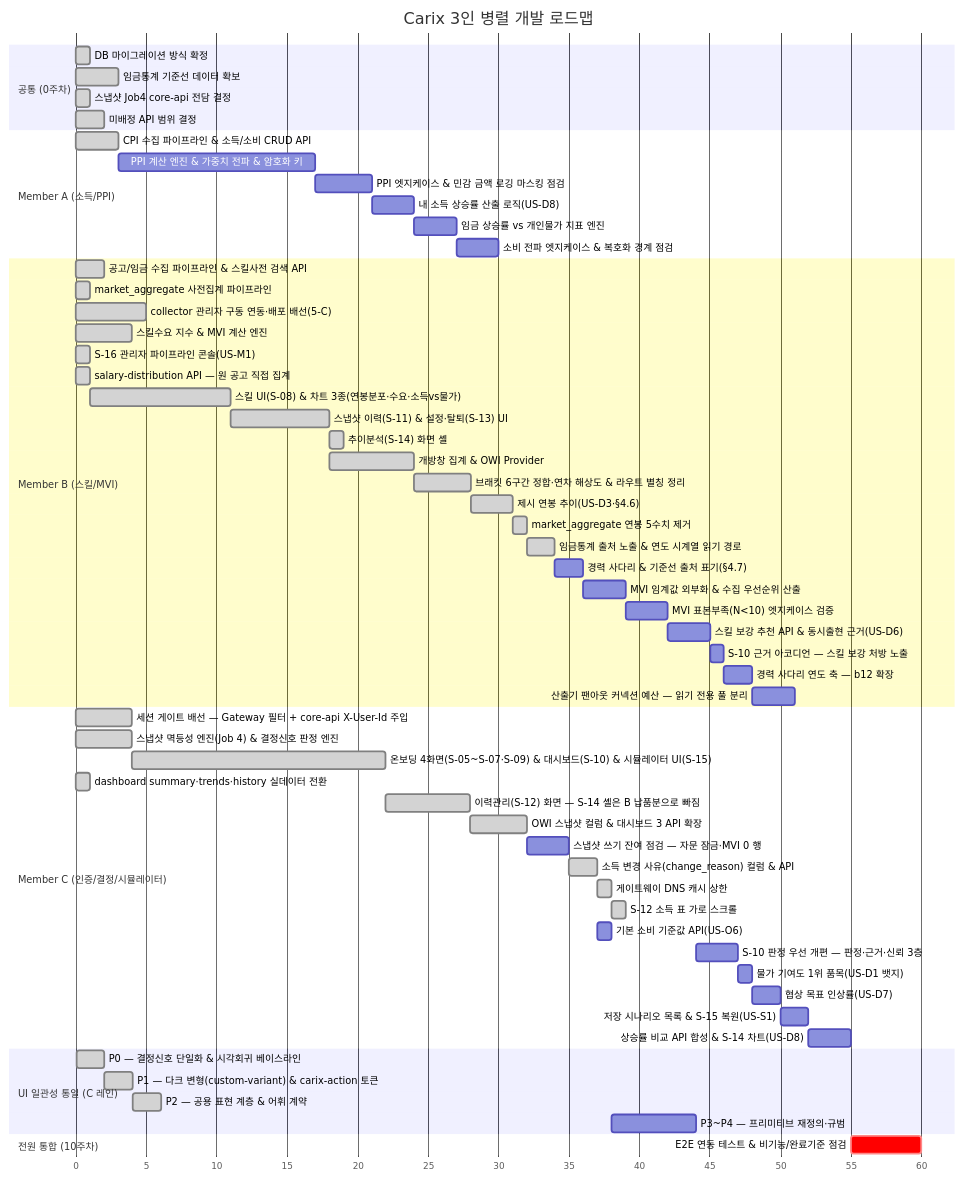
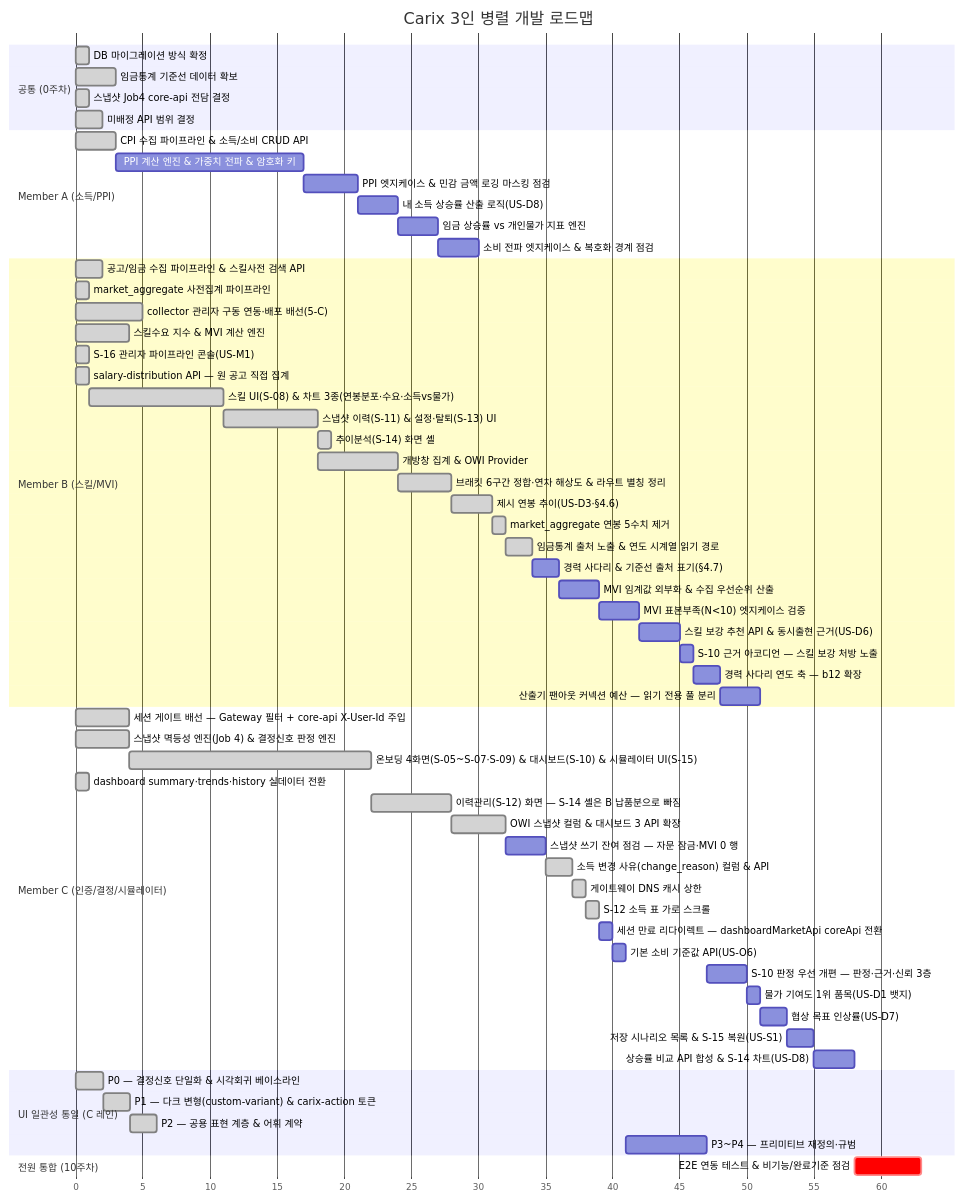
One commit to SeoHyeokGyu/Carix changed the first of 2 diagrams in docs/plans/carix-dev-plan.md. Above: the diagram before and after it, drawn with Mermaid. The commit also changed other lines of this file and 1 other file, not shown here.

````diff
--- a/docs/plans/carix-dev-plan.md
+++ b/docs/plans/carix-dev-plan.md
@@ -89,64 +89,65 @@
 ```mermaid
 gantt
     title Carix 3인 병렬 개발 로드맵
     dateFormat X
     axisFormat %s
     section 공통 (0주차)
     DB 마이그레이션 방식 확정 :done, c0a, 0, 1s
     임금통계 기준선 데이터 확보 :done, a0, 3, 3s
     스냅샷 Job4 core-api 전담 결정 :done, i0, 7, 1s
     미배정 API 범위 결정 :done, c0, 7, 2s
     section Member A (소득/PPI)
     CPI 수집 파이프라인 & 소득/소비 CRUD API :done, a1, 12, 3s
     PPI 계산 엔진 & 가중치 전파 & 암호화 키 :a2, after a1, 14s
     PPI 엣지케이스 & 민감 금액 로깅 마스킹 점검 :a7, after a2, 4s
     내 소득 상승률 산출 로직(US-D8) :a9, after a7, 3s
     임금 상승률 vs 개인물가 지표 엔진 :a10, after a9, 3s
     소비 전파 엣지케이스 & 복호화 경계 점검 :a12, after a10, 3s
     section Member B (스킬/MVI)
     공고/임금 수집 파이프라인 & 스킬사전 검색 API :done, b1, 2, 2s
     market_aggregate 사전집계 파이프라인 :done, b2a, 3, 1s
     collector 관리자 구동 연동·배포 배선(5-C) :done, b0, 7, 5s
     스킬수요 지수 & MVI 계산 엔진 :done, b2, 8, 4s
     S-16 관리자 파이프라인 콘솔(US-M1) :done, b16, 14, 1s
     salary-distribution API — 원 공고 직접 집계 :done, b3a, 15, 1s
     스킬 UI(S-08) & 차트 3종(연봉분포·수요·소득vs물가) :done, b3, after b3a, 10s
     스냅샷 이력(S-11) & 설정·탈퇴(S-13) UI :done, b4, after b3, 7s
     추이분석(S-14) 화면 셸 :done, b4a, after b4, 1s
     개방창 집계 & OWI Provider :done, b6, after b4, 6s
     브래킷 6구간 정합·연차 해상도 & 라우트 별칭 정리 :done, b7, after b6, 4s
     제시 연봉 추이(US-D3·§4.6) :done, b10, after b7, 3s
     market_aggregate 연봉 5수치 제거 :done, b11, after b10, 1s
     임금통계 출처 노출 & 연도 시계열 읽기 경로 :done, b13, after b11, 2s
     경력 사다리 & 기준선 출처 표기(§4.7) :b12, after b13, 2s
     MVI 임계값 외부화 & 수집 우선순위 산출 :b8, after b12, 3s
     MVI 표본부족(N<10) 엣지케이스 검증 :b8a, after b8, 3s
     스킬 보강 추천 API & 동시출현 근거(US-D6) :b9, after b8a, 3s
     S-10 근거 아코디언 — 스킬 보강 처방 노출 :b15, after b9, 1s
     경력 사다리 연도 축 — b12 확장 :b14, after b15, 2s
     산출기 팬아웃 커넥션 예산 — 읽기 전용 풀 분리 :b17, after b14, 3s
     section Member C (인증/결정/시뮬레이터)
     세션 게이트 배선 — Gateway 필터 + core-api X-User-Id 주입 :done, c0b, 7, 4s
     스냅샷 멱등성 엔진(Job 4) & 결정신호 판정 엔진 :done, c2, 8, 4s
     온보딩 4화면(S-05~S-07·S-09) & 대시보드(S-10) & 시뮬레이터 UI(S-15) :done, c3, after c2, 18s
     dashboard summary·trends·history 실데이터 전환 :done, c4a, 15, 1s
     이력관리(S-12) 화면 — S-14 셸은 B 납품분으로 빠짐 :done, c4, after c3, 6s
     OWI 스냅샷 컬럼 & 대시보드 3 API 확장 :done, c6, after c4, 4s
     스냅샷 쓰기 잔여 점검 — 자문 잠금·MVI 0 행 :c5, after c6, 3s
     소득 변경 사유(change_reason) 컬럼 & API :done, c10, after c5, 2s
     게이트웨이 DNS 캐시 상한 :done, c7, after c10, 1s
     S-12 소득 표 가로 스크롤 :done, c13, after c7, 1s
-    기본 소비 기준값 API(US-O6) :c11, after c10, 1s
+    세션 만료 리다이렉트 — dashboardMarketApi coreApi 전환 :c16, after c13, 1s
+    기본 소비 기준값 API(US-O6) :c11, after c16, 1s
     S-10 판정 우선 개편 — 판정·근거·신뢰 3층 :c15, after ui3, 3s
     물가 기여도 1위 품목(US-D1 뱃지) :c12, after c15, 1s
     협상 목표 인상률(US-D7) :c8, after c12, 2s
     저장 시나리오 목록 & S-15 복원(US-S1) :c9, after c8, 2s
     상승률 비교 API 합성 & S-14 차트(US-D8) :c14, after c9 a9 a10 b13, 3s
     section UI 일관성 통일 (C 레인)
     P0 — 결정신호 단일화 & 시각회귀 베이스라인 :done, ui0, 33, 2s
     P1 — 다크 변형(custom-variant) & carix-action 토큰 :done, ui1, after ui0, 2s
     P2 — 공용 표현 계층 & 어휘 계약 :done, ui2, after ui1, 2s
     P3~P4 — 프리미티브 재정의·규범 :ui3, after c11, 6s
     section 전원 통합 (10주차)
     E2E 연동 테스트 & 비기능/완료기준 점검 :crit, e2e, after a12 b14 c14, 5s
 ```
````
